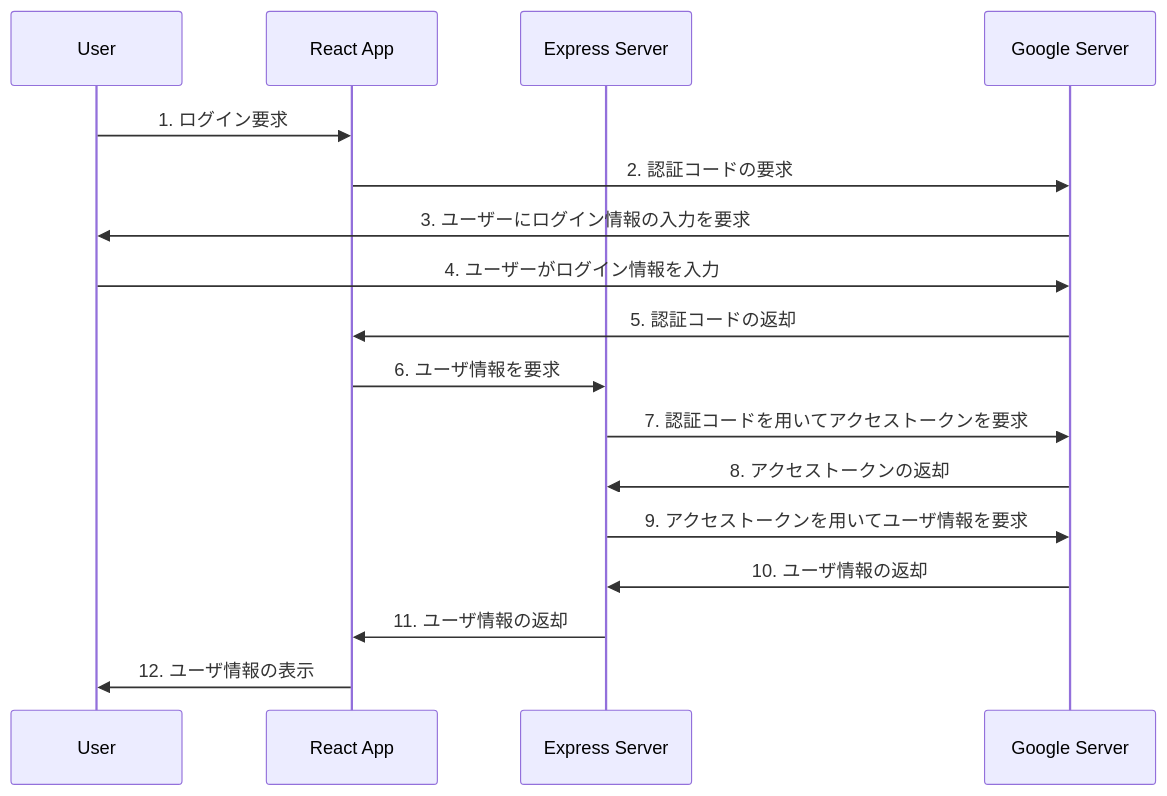
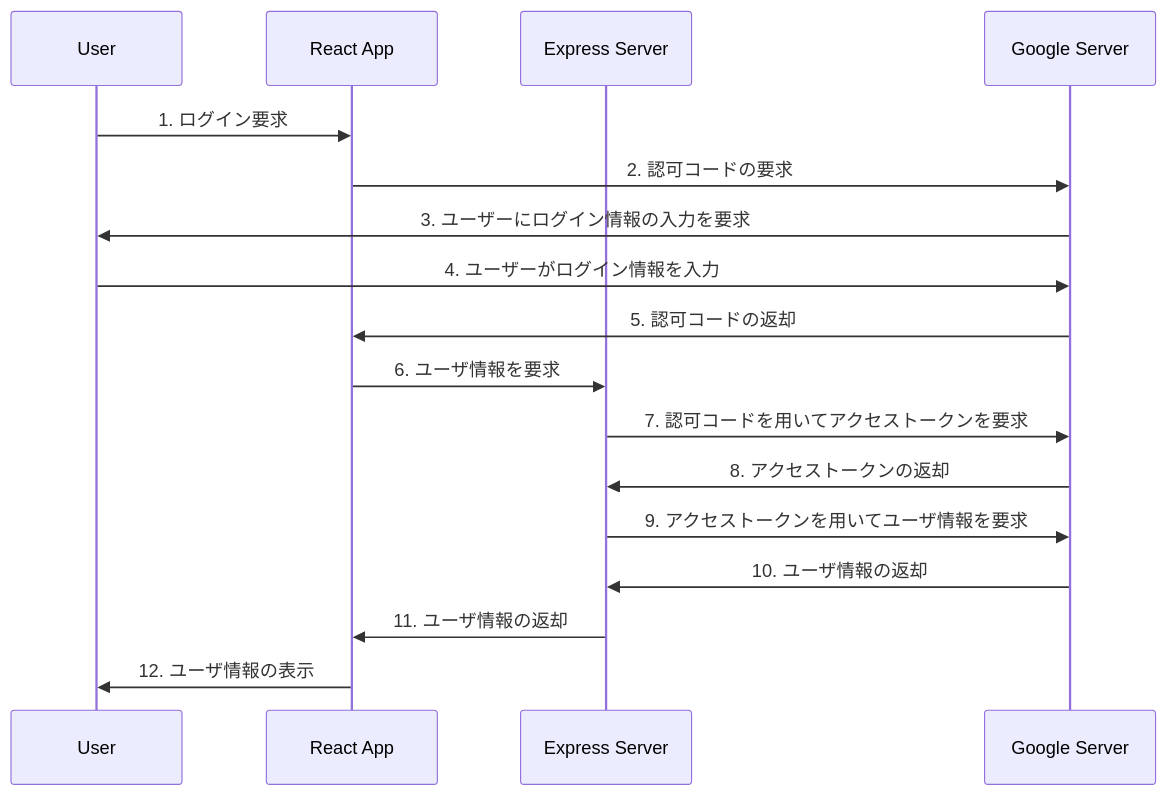
The second of 2 diagrams in README.md (ryomeblog/google-oauth), drawn with Mermaid before and after one commit. The commit also changed other lines of this file, not shown here.

````diff
--- a/README.md
+++ b/README.md
@@ -35,20 +35,20 @@
 ```mermaid
 sequenceDiagram
     participant User as User
     participant ReactApp as React App
     participant Express as Express Server
     participant Google as Google Server
 
     User->>ReactApp: 1. ログイン要求
-    ReactApp->>Google: 2. 認証コードの要求
+    ReactApp->>Google: 2. 認可コードの要求
     Google->>User: 3. ユーザーにログイン情報の入力を要求
     User->>Google: 4. ユーザーがログイン情報を入力
-    Google->>ReactApp: 5. 認証コードの返却
+    Google->>ReactApp: 5. 認可コードの返却
     ReactApp->>Express: 6. ユーザ情報を要求
-    Express->>Google: 7. 認証コードを用いてアクセストークンを要求
+    Express->>Google: 7. 認可コードを用いてアクセストークンを要求
     Google->>Express: 8. アクセストークンの返却
     Express->>Google: 9. アクセストークンを用いてユーザ情報を要求
     Google->>Express: 10. ユーザ情報の返却
     Express->>ReactApp: 11. ユーザ情報の返却
     ReactApp->>User: 12. ユーザ情報の表示
 ```
````
